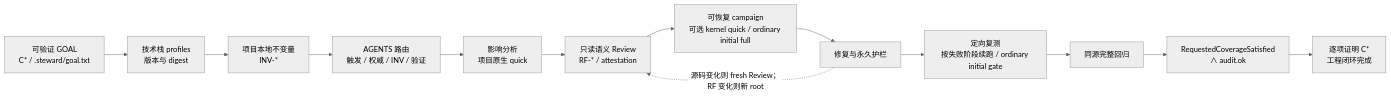
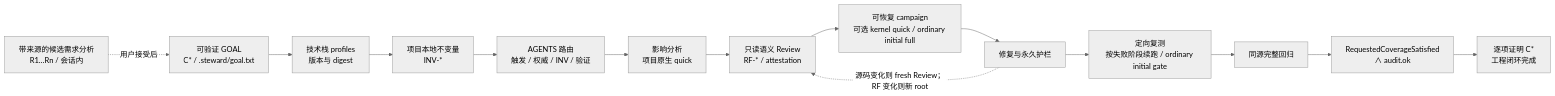
One commit to coachpo/3mi-plugins changed the first of 2 diagrams in plugins/steward/README.md. Above: the diagram before and after it, drawn with Mermaid (neutral theme). The commit also changed other lines of this file and 22 other files, not shown here.

````diff
--- a/plugins/steward/README.md
+++ b/plugins/steward/README.md
@@ -172,15 +179,16 @@
 ```mermaid
 flowchart LR
+  D["带来源的候选需求分析<br/>R1…Rn / 会话内"] -. "用户接受后" .-> G
   G["可验证 GOAL<br/>C* / .steward/goal.txt"] --> P["技术栈 profiles<br/>版本与 digest"]
   P --> I["项目本地不变量<br/>INV-*"]
   I --> A["AGENTS 路由<br/>触发 / 权威 / INV / 验证"]
   A --> Q["影响分析<br/>项目原生 quick"]
   Q --> R["只读语义 Review<br/>RF-* / attestation"]
   R --> C["可恢复 campaign<br/>可选 kernel quick / ordinary initial full"]
   C --> F["修复与永久护栏"]
   F -. "源码变化则 fresh Review；RF 变化则新 root" .-> R
   F --> T["定向复测<br/>按失败阶段续跑 / ordinary initial gate"]
   T --> X["同源完整回归"]
   X --> U["RequestedCoverageSatisfied<br/>∧ audit.ok"]
   U --> Z["逐项证明 C*<br/>工程闭环完成"]
 ```
````
